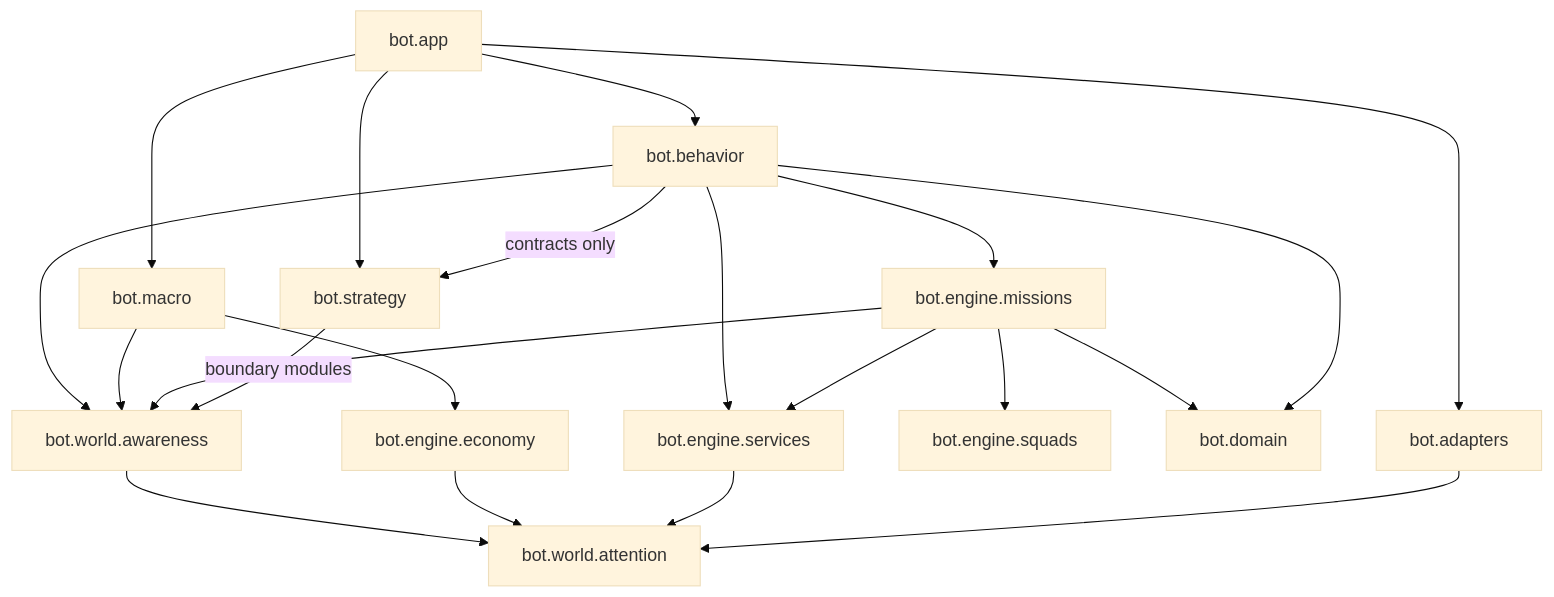
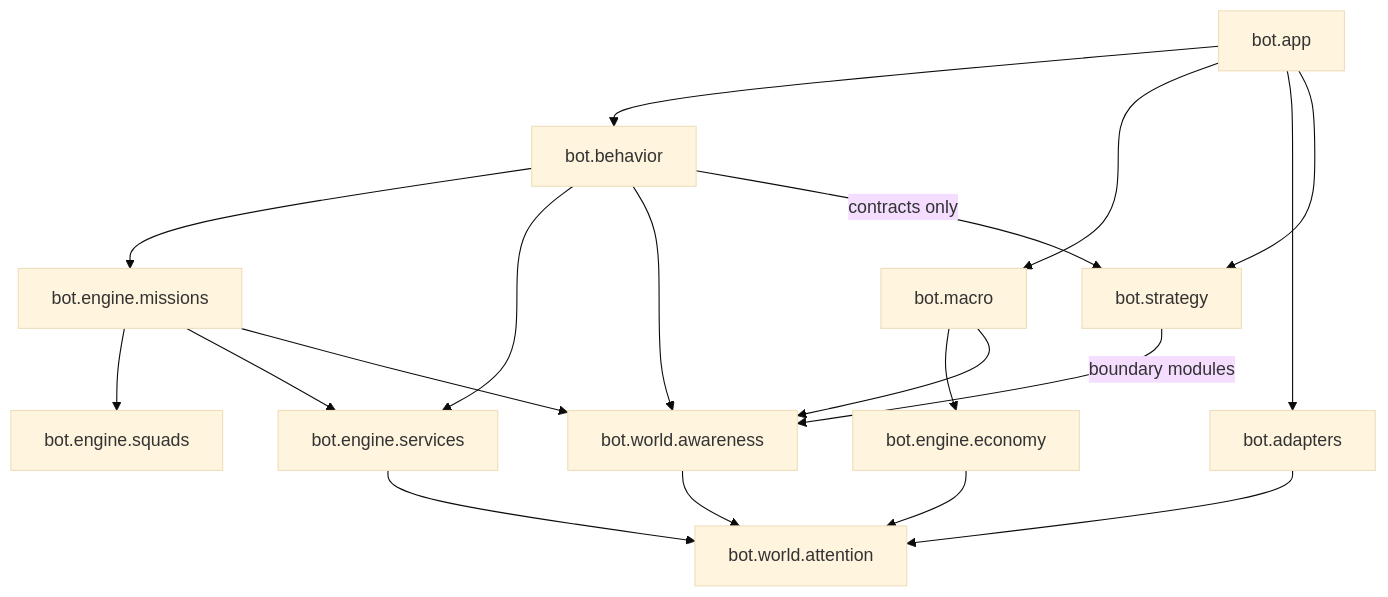
Before and after one commit to LeonardoSilvestrin/sc2bot: the diagram in docs/contracts.md, drawn with Mermaid (base theme). The commit also changed other lines of this file and 35 other files, not shown here.

````diff
--- a/docs/contracts.md
+++ b/docs/contracts.md
@@ -34,23 +34,21 @@
 ```mermaid
 flowchart TD
     app["bot.app"] --> behavior["bot.behavior"]
     app --> macro["bot.macro"]
     app --> adapters["bot.adapters"]
     behavior --> missions["bot.engine.missions"]
     behavior --> services["bot.engine.services"]
     macro --> economy["bot.engine.economy"]
     missions --> squads["bot.engine.squads"]
     missions --> services
-    missions --> domain["bot.domain"]
-    behavior --> domain
     behavior --> awareness["bot.world.awareness"]
     macro --> awareness
     missions --> awareness
     awareness --> attention["bot.world.attention"]
     economy --> attention
     services --> attention
     adapters --> attention
     app --> strategy["bot.strategy"]
     behavior -->|contracts only| strategy
     strategy -->|boundary modules| awareness
 ```
````
